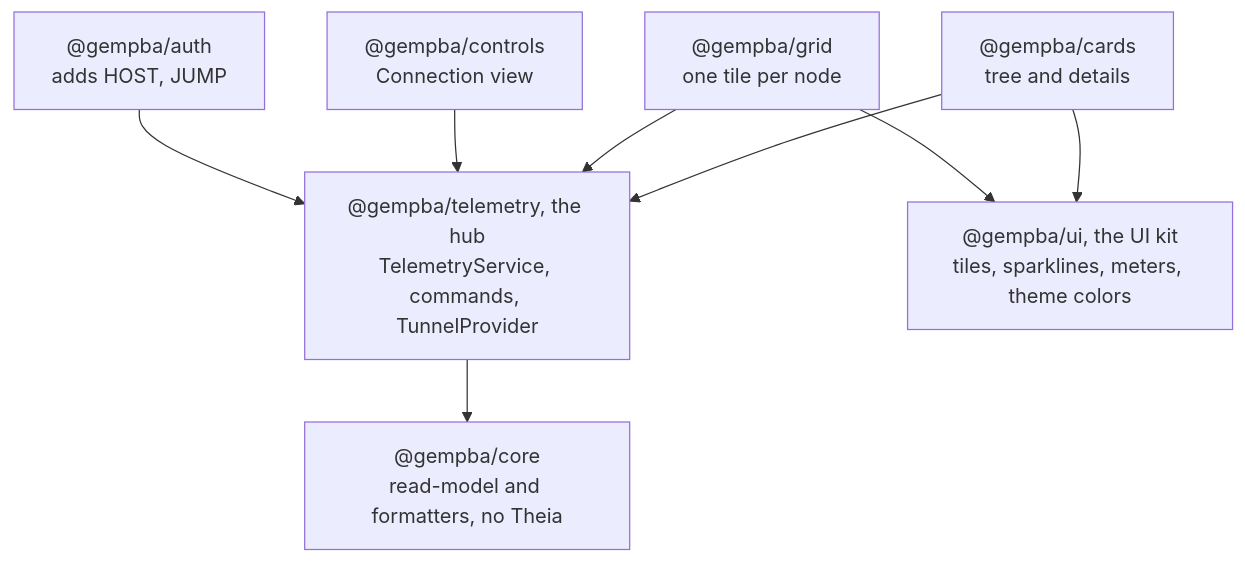
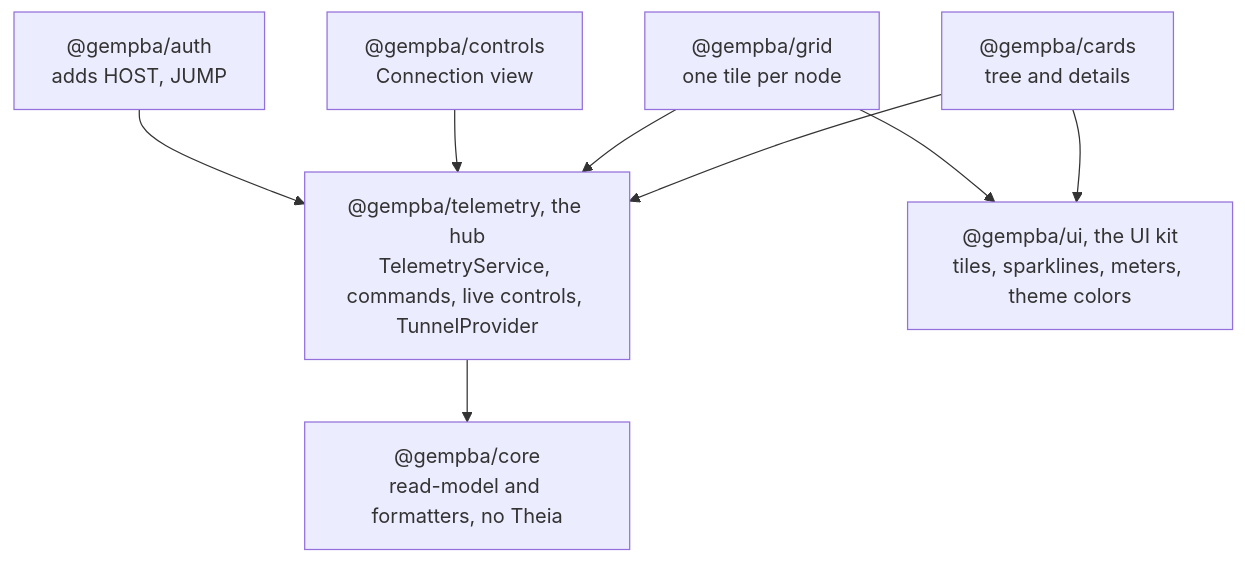
One commit to rapastranac/gempba-dashboard changed the third of 3 diagrams in ARCHITECTURE.md. Above: the diagram before and after it, drawn with Mermaid. The commit also changed other lines of this file, not shown here.

Commit message:
#61 docs: Document the hub-owned refresh rates and live controls in ARCHITECTURE.md

````diff
--- a/ARCHITECTURE.md
+++ b/ARCHITECTURE.md
@@ -159,17 +159,17 @@
 ```mermaid
 flowchart TB
     auth["@gempba/auth<br/>adds HOST, JUMP"]
     controls["@gempba/controls<br/>Connection view"]
     grid["@gempba/grid<br/>one tile per node"]
     cards["@gempba/cards<br/>tree and details"]
-    telemetry["@gempba/telemetry, the hub<br/>TelemetryService, commands, TunnelProvider"]
+    telemetry["@gempba/telemetry, the hub<br/>TelemetryService, commands, live controls, TunnelProvider"]
     ui["@gempba/ui, the UI kit<br/>tiles, sparklines, meters, theme colors"]
     core["@gempba/core<br/>read-model and formatters, no Theia"]
     auth --> telemetry
     controls --> telemetry
     grid --> telemetry
     grid --> ui
     cards --> telemetry
     cards --> ui
     telemetry --> core
 ```
````
